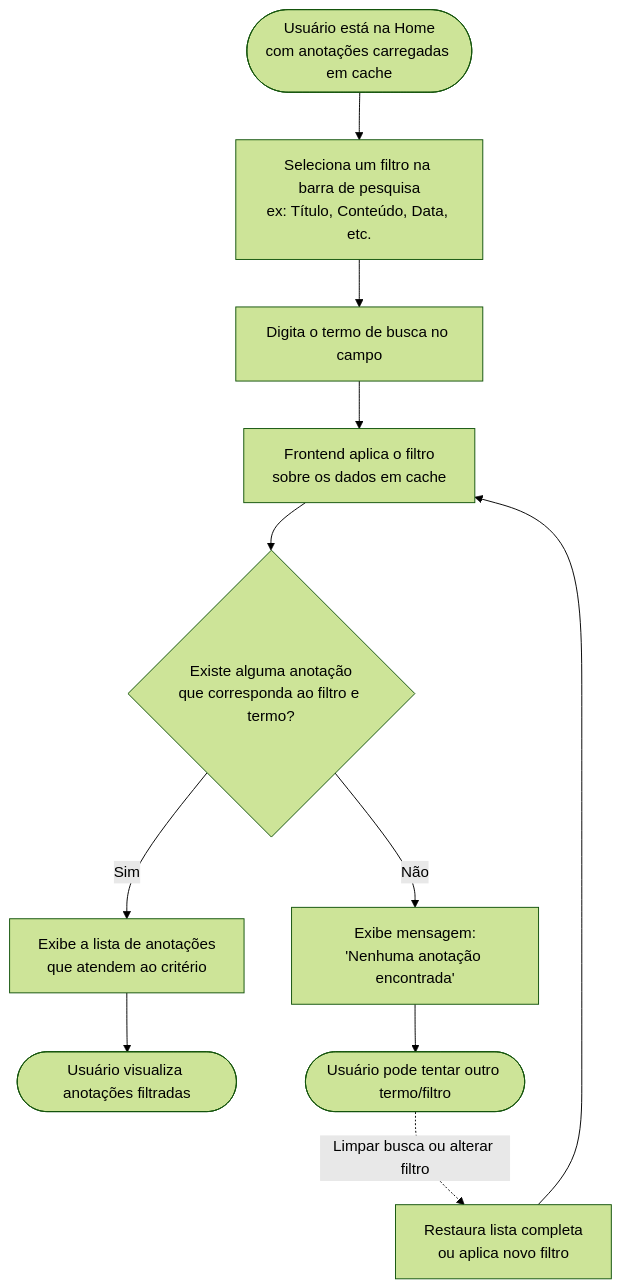
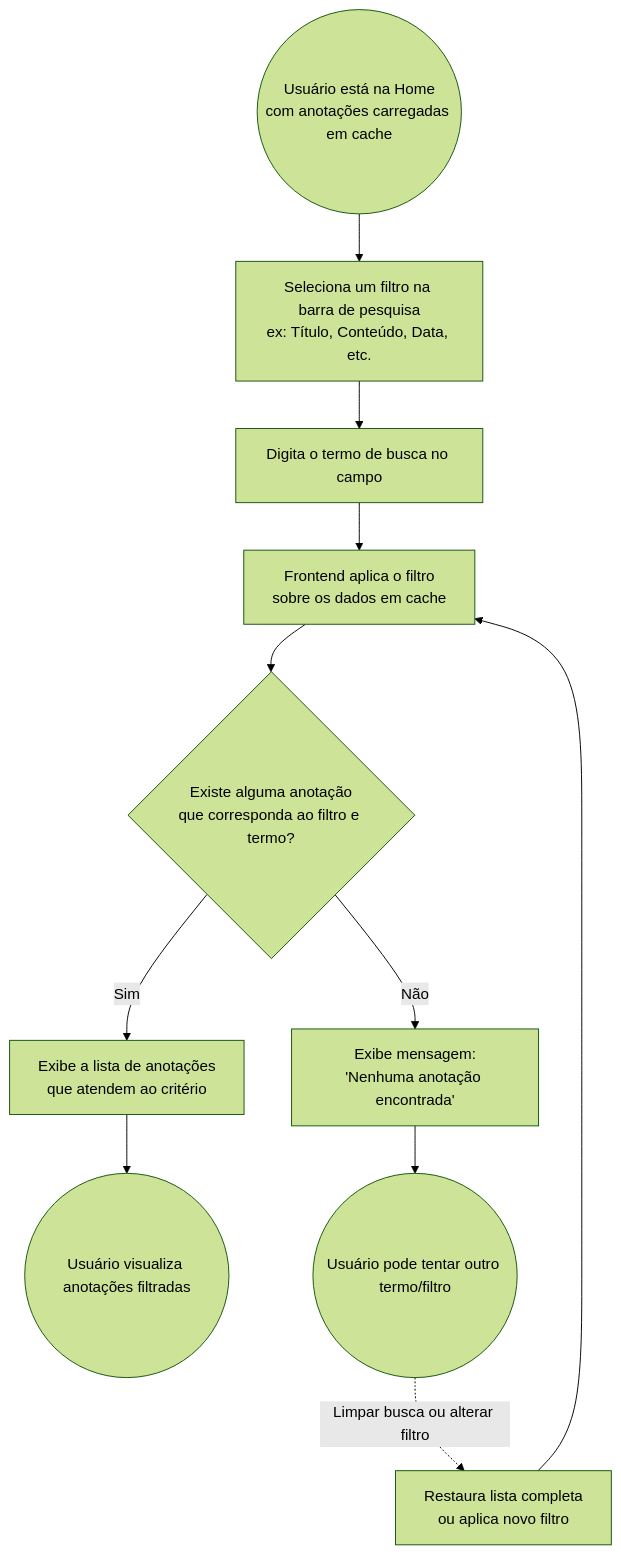
Before and after one commit to AsaphMoraes/AnotaAqui: the fourth of 14 diagrams in CONTEXT.md, drawn with Mermaid (forest theme). The commit also changed other lines of this file, not shown here.

````diff
--- a/CONTEXT.md
+++ b/CONTEXT.md
@@ -111,16 +120,16 @@
 ```mermaid
 flowchart TB
-    A([Usuário está na Home<br>com anotações carregadas em cache]) --> B[Seleciona um filtro na barra de pesquisa<br>ex: Título, Conteúdo, Data, etc.]
+    A((Usuário está na Home<br>com anotações carregadas em cache)) --> B[Seleciona um filtro na barra de pesquisa<br>ex: Título, Conteúdo, Data, etc.]
     B --> C[Digita o termo de busca no campo]
     C --> D[Frontend aplica o filtro<br>sobre os dados em cache]
     D --> E{Existe alguma anotação<br>que corresponda ao filtro e termo?}
 
     E -->|Sim| F[Exibe a lista de anotações<br>que atendem ao critério]
-    F --> G([Usuário visualiza anotações filtradas])
+    F --> G((Usuário visualiza anotações filtradas))
 
     E -->|Não| H[Exibe mensagem:<br>'Nenhuma anotação encontrada']
-    H --> I([Usuário pode tentar outro termo/filtro])
+    H --> I((Usuário pode tentar outro termo/filtro))
 
     I -.->|Limpar busca ou alterar filtro| J[Restaura lista completa<br>ou aplica novo filtro]
     J --> D
 ```
````
